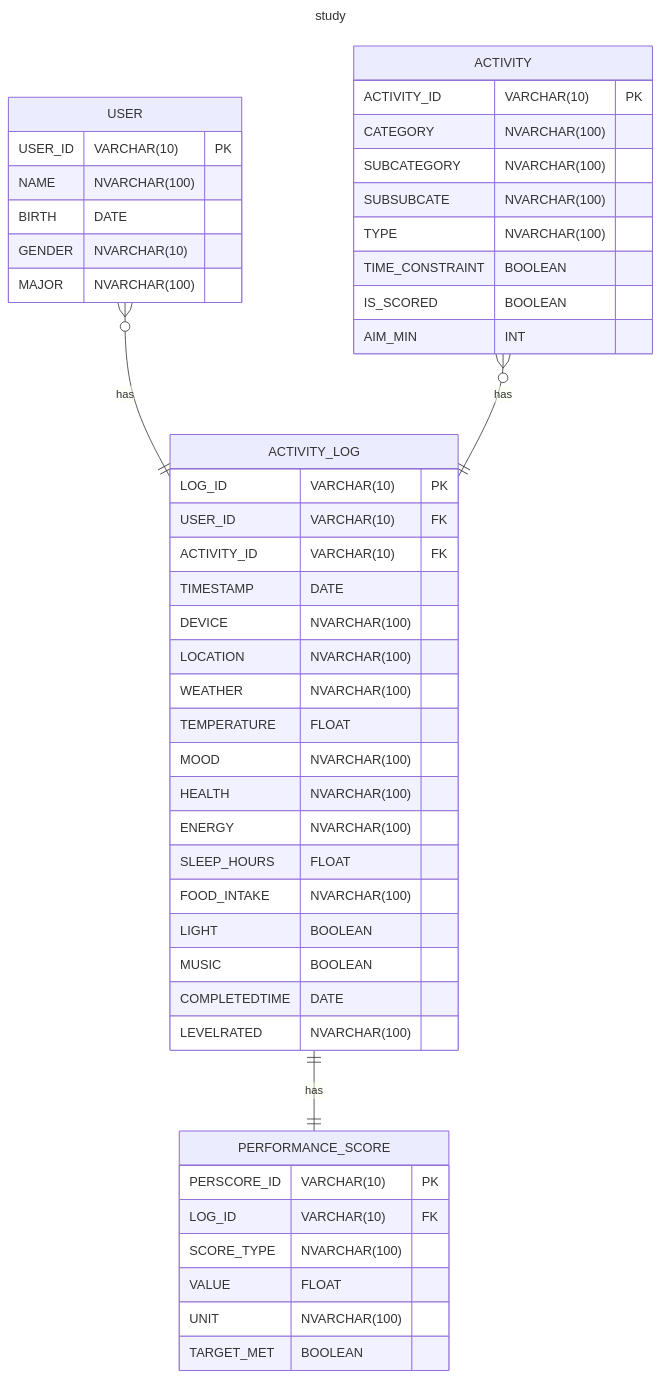
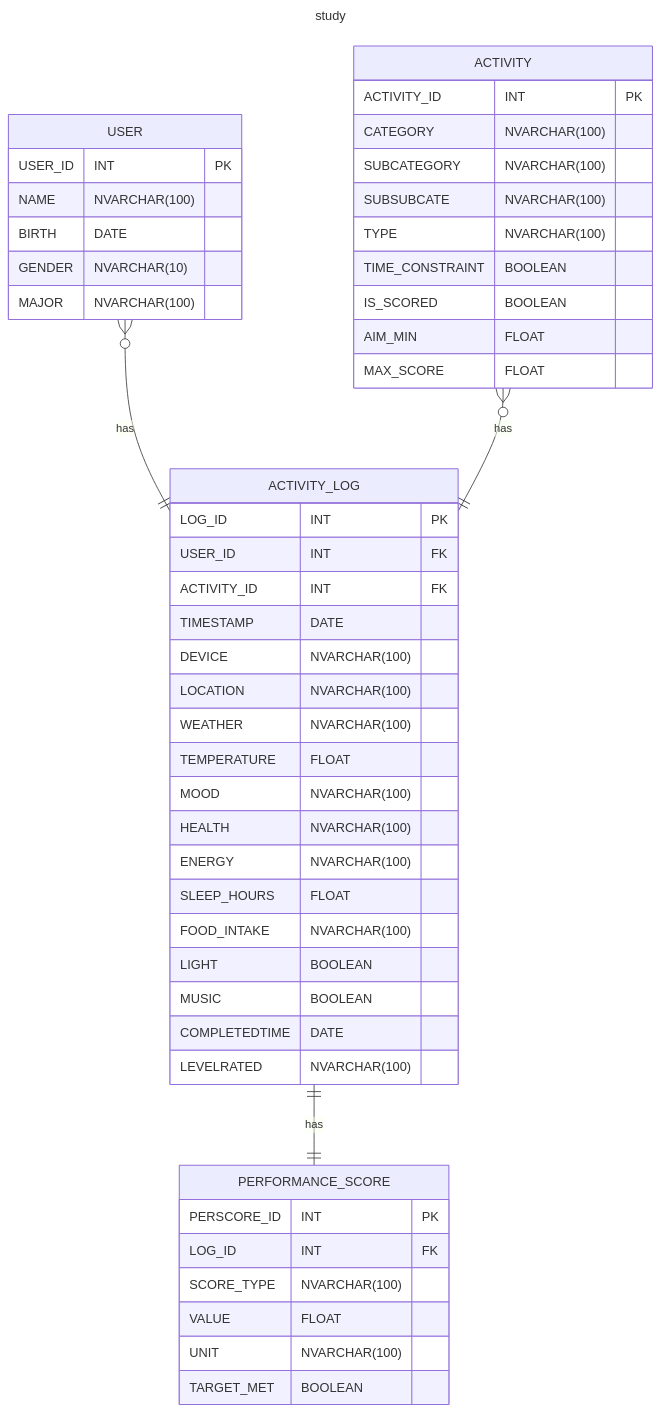
Before and after one commit to Bancie/LearningDB: the diagram in brain.study/README.md, drawn with Mermaid. The commit also changed 4 other files, not shown here.

````diff
--- a/brain.study/README.md
+++ b/brain.study/README.md
@@ -2,58 +2,59 @@
 ```mermaid
 ---
 title: study
 ---
 erDiagram
     
     USER {
-        USER_ID VARCHAR(10) PK
+        USER_ID INT PK
         NAME NVARCHAR(100)
         BIRTH DATE
         GENDER NVARCHAR(10)
         MAJOR NVARCHAR(100)
     }
 
     ACTIVITY {
-        ACTIVITY_ID VARCHAR(10) PK
+        ACTIVITY_ID INT PK
         CATEGORY NVARCHAR(100)
         SUBCATEGORY NVARCHAR(100)
         SUBSUBCATE NVARCHAR(100)
         TYPE NVARCHAR(100)
         TIME_CONSTRAINT BOOLEAN
         IS_SCORED BOOLEAN
-        AIM_MIN INT
+        AIM_MIN FLOAT
+        MAX_SCORE FLOAT
     }
 
     ACTIVITY_LOG {
-        LOG_ID VARCHAR(10) PK
-        USER_ID VARCHAR(10) FK
-        ACTIVITY_ID VARCHAR(10) FK
+        LOG_ID INT PK
+        USER_ID INT FK
+        ACTIVITY_ID INT FK
         TIMESTAMP DATE
         DEVICE NVARCHAR(100)
         LOCATION NVARCHAR(100)
         WEATHER NVARCHAR(100)
         TEMPERATURE FLOAT
         MOOD NVARCHAR(100)
         HEALTH NVARCHAR(100)
         ENERGY NVARCHAR(100)
         SLEEP_HOURS FLOAT
         FOOD_INTAKE NVARCHAR(100)
         LIGHT BOOLEAN
         MUSIC BOOLEAN
         COMPLETEDTIME DATE
         LEVELRATED NVARCHAR(100)
     }
 
     PERFORMANCE_SCORE {
-        PERSCORE_ID VARCHAR(10) PK
-        LOG_ID VARCHAR(10) FK
+        PERSCORE_ID INT PK
+        LOG_ID INT FK
         SCORE_TYPE NVARCHAR(100)
         VALUE FLOAT
         UNIT NVARCHAR(100)
         TARGET_MET BOOLEAN
     }
 
     USER o{--|| ACTIVITY_LOG : has
     ACTIVITY o{--|| ACTIVITY_LOG : has
     ACTIVITY_LOG ||--|| PERFORMANCE_SCORE : has
 ```
````
